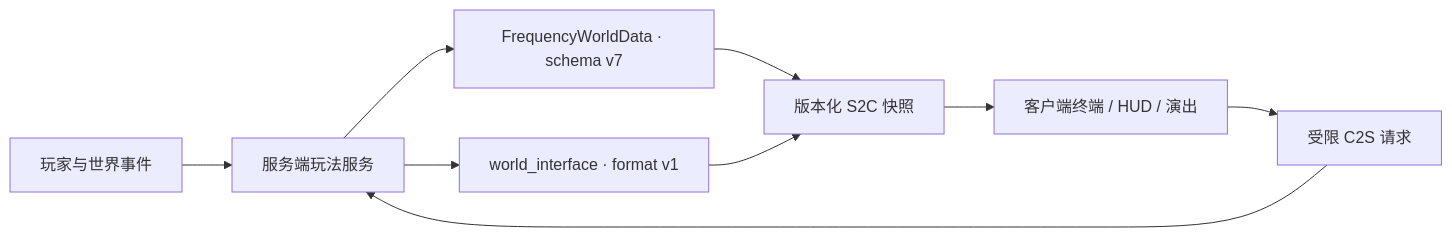
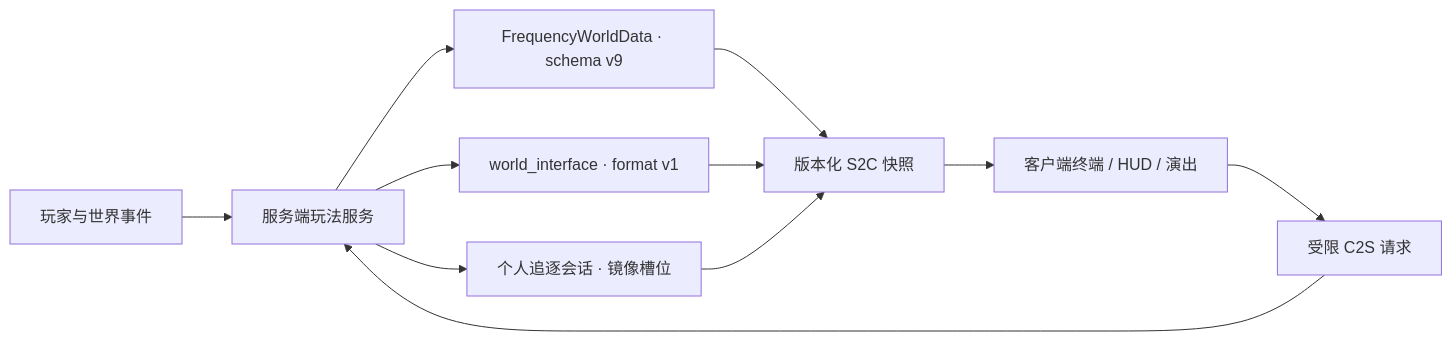
One commit to xiaoming6680/MC-The-Fourth-Frequency changed the diagram in docs/architecture.md. Above: the diagram before and after it, drawn with Mermaid. The commit also changed other lines of this file and 233 other files, not shown here.

````diff
--- a/docs/architecture.md
+++ b/docs/architecture.md
@@ -36,11 +36,13 @@
 ```mermaid
 flowchart LR
     P["玩家与世界事件"] --> S["服务端玩法服务"]
-    S --> W["FrequencyWorldData · schema v7"]
+    S --> W["FrequencyWorldData · schema v9"]
     S --> I["world_interface · format v1"]
+    S --> R["个人追逐会话 · 镜像槽位"]
     W --> N["版本化 S2C 快照"]
     I --> N
+    R --> N
     N --> C["客户端终端 / HUD / 演出"]
     C --> Q["受限 C2S 请求"]
     Q --> S
 ```
````
